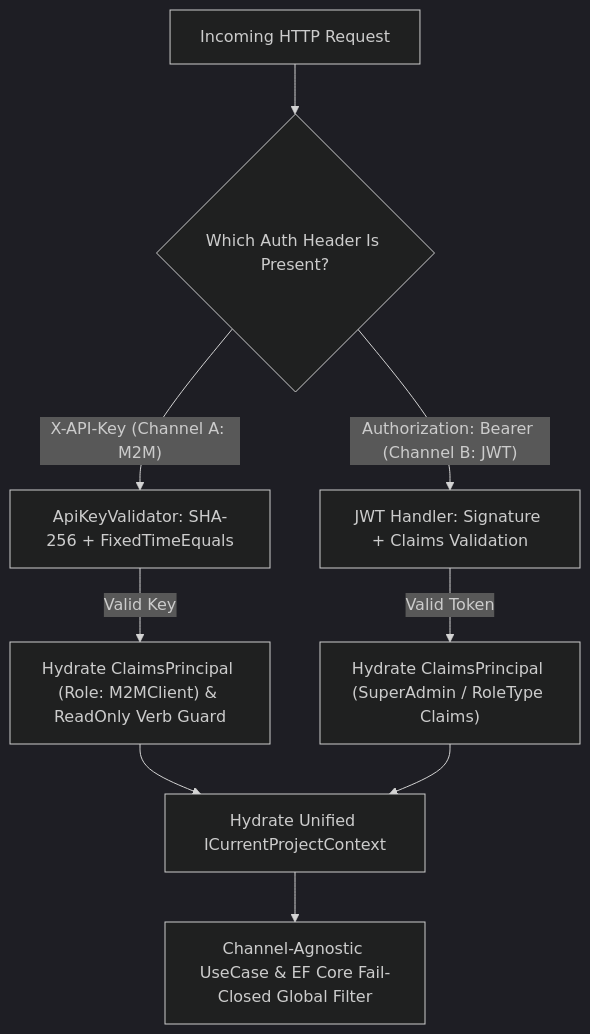
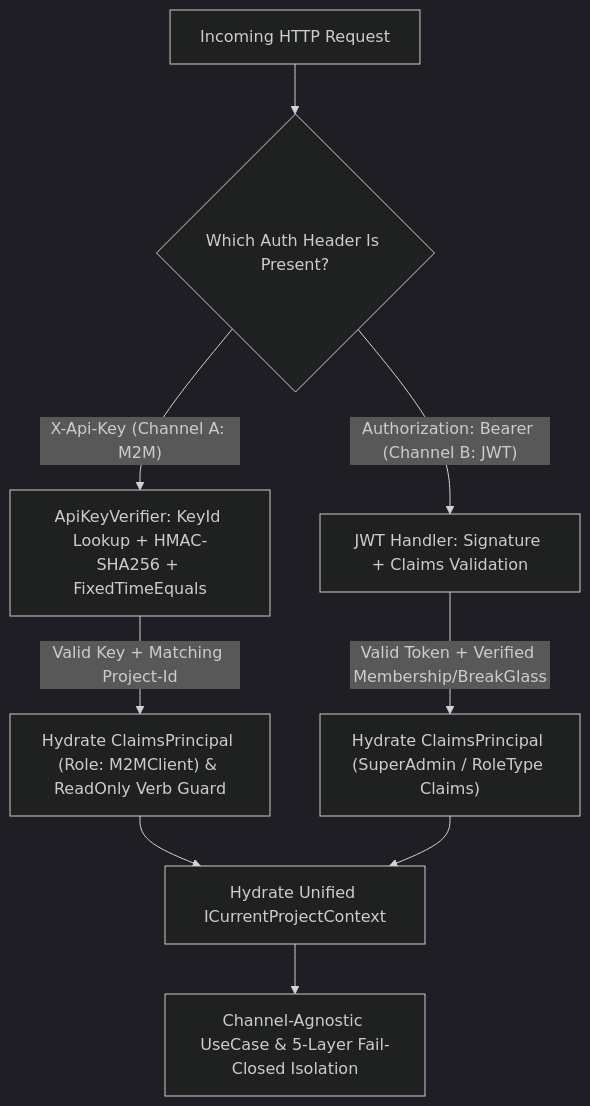
The second of 2 diagrams in specs/03_specialized_mechanics/multi_tenant_security_pipeline.md (suang05/doc_template), drawn with Mermaid (dark theme) before and after one commit. The commit also changed other lines of this file and 17 other files, not shown here.

Commit message:
feat: add backend v2 build configuration, banned symbols, and core architecture specifications

````diff
--- a/specs/03_specialized_mechanics/multi_tenant_security_pipeline.md
+++ b/specs/03_specialized_mechanics/multi_tenant_security_pipeline.md
@@ -92,11 +92,11 @@
 ```mermaid
 graph TD
     Request["Incoming HTTP Request"] --> AuthCheck{"Which Auth Header Is Present?"}
-    AuthCheck -->|"X-API-Key (Channel A: M2M)"| ChannelA["ApiKeyValidator: SHA-256 + FixedTimeEquals"]
+    AuthCheck -->|"X-Api-Key (Channel A: M2M)"| ChannelA["ApiKeyVerifier: KeyId Lookup + HMAC-SHA256 + FixedTimeEquals"]
     AuthCheck -->|"Authorization: Bearer (Channel B: JWT)"| ChannelB["JWT Handler: Signature + Claims Validation"]
-    ChannelA -->|"Valid Key"| M2MHydrate["Hydrate ClaimsPrincipal (Role: M2MClient) & ReadOnly Verb Guard"]
-    ChannelB -->|"Valid Token"| JWTHydrate["Hydrate ClaimsPrincipal (SuperAdmin / RoleType Claims)"]
+    ChannelA -->|"Valid Key + Matching Project-Id"| M2MHydrate["Hydrate ClaimsPrincipal (Role: M2MClient) & ReadOnly Verb Guard"]
+    ChannelB -->|"Valid Token + Verified Membership/BreakGlass"| JWTHydrate["Hydrate ClaimsPrincipal (SuperAdmin / RoleType Claims)"]
     M2MHydrate --> Context["Hydrate Unified ICurrentProjectContext"]
     JWTHydrate --> Context
-    Context --> Inner["Channel-Agnostic UseCase & EF Core Fail-Closed Global Filter"]
+    Context --> Inner["Channel-Agnostic UseCase & 5-Layer Fail-Closed Isolation"]
 ```
````
